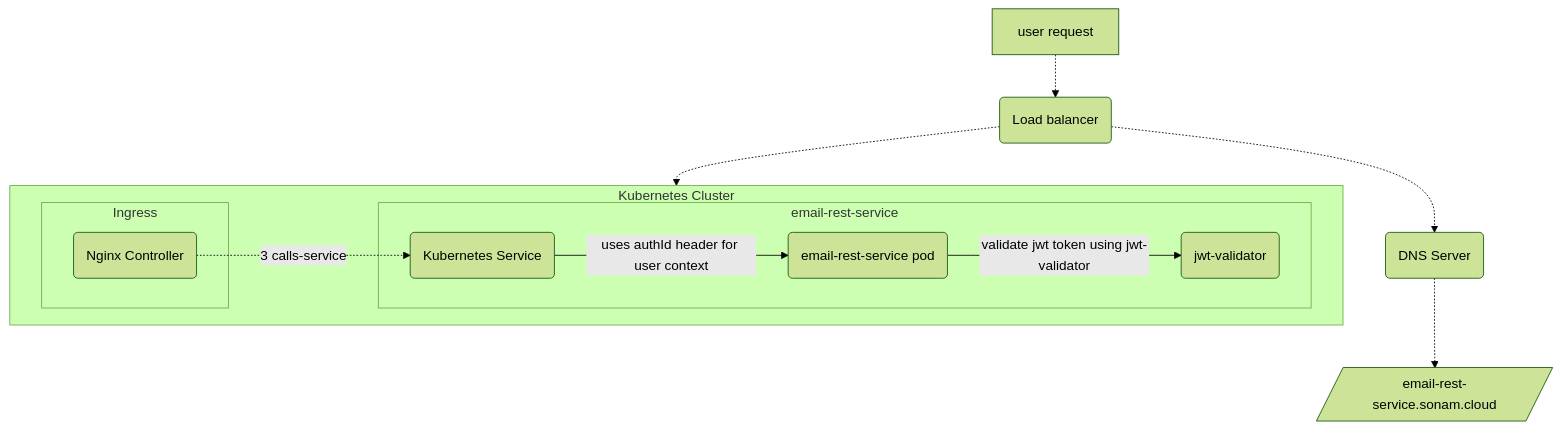
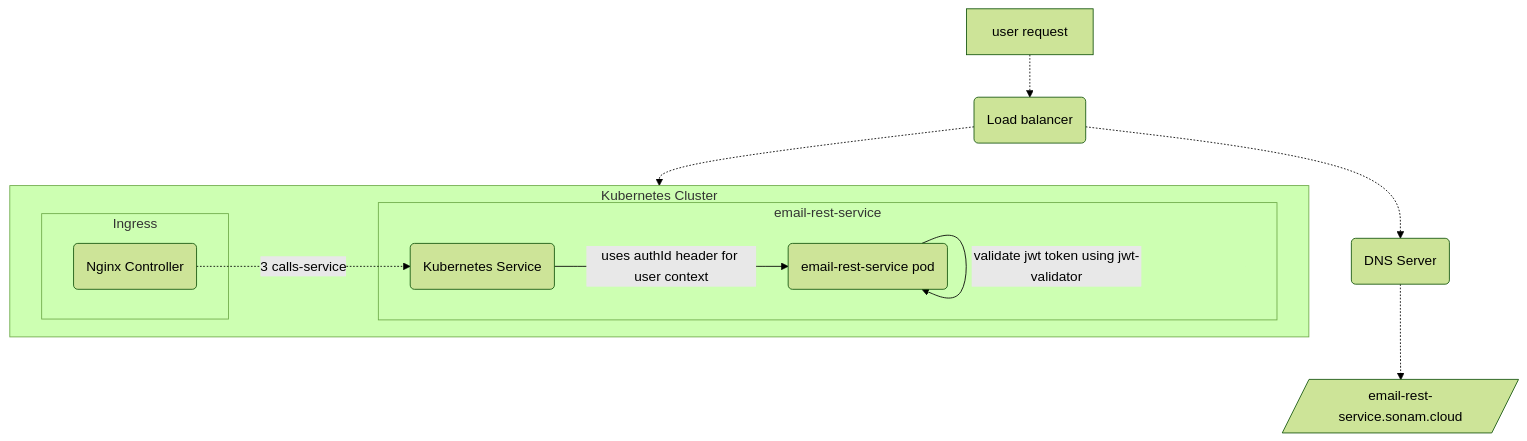
The first of 2 diagrams in README.md (sonamsamdupkhangsar/sonamsamdupkhangsar.github.io), drawn with Mermaid (forest theme) before and after one commit.

Commit message:
point email service back to itself

````diff
--- a/README.md
+++ b/README.md
@@ -12,22 +12,22 @@
 ```mermaid
 flowchart TD
     A[user request] -.-> B(Load balancer)
     B -.-> C(DNS Server)
     C -.-> D[/email-rest-service.sonam.cloud/]
 
     subgraph k8[Kubernetes Cluster]
     subgraph ingress[Ingress]
     F(Nginx Controller)
     end
 
     subgraph app[email-rest-service]
     G(Kubernetes Service)
     G -- uses authId header for user context --> H(email-rest-service pod)
-    H -- validate jwt token using jwt-validator --> JwtValidator(jwt-validator)    
+    H -- validate jwt token using jwt-validator --> H
     end    
     
     end
     F -. 3 calls-service .-> G
     B -.-> k8
     
 ```
````
